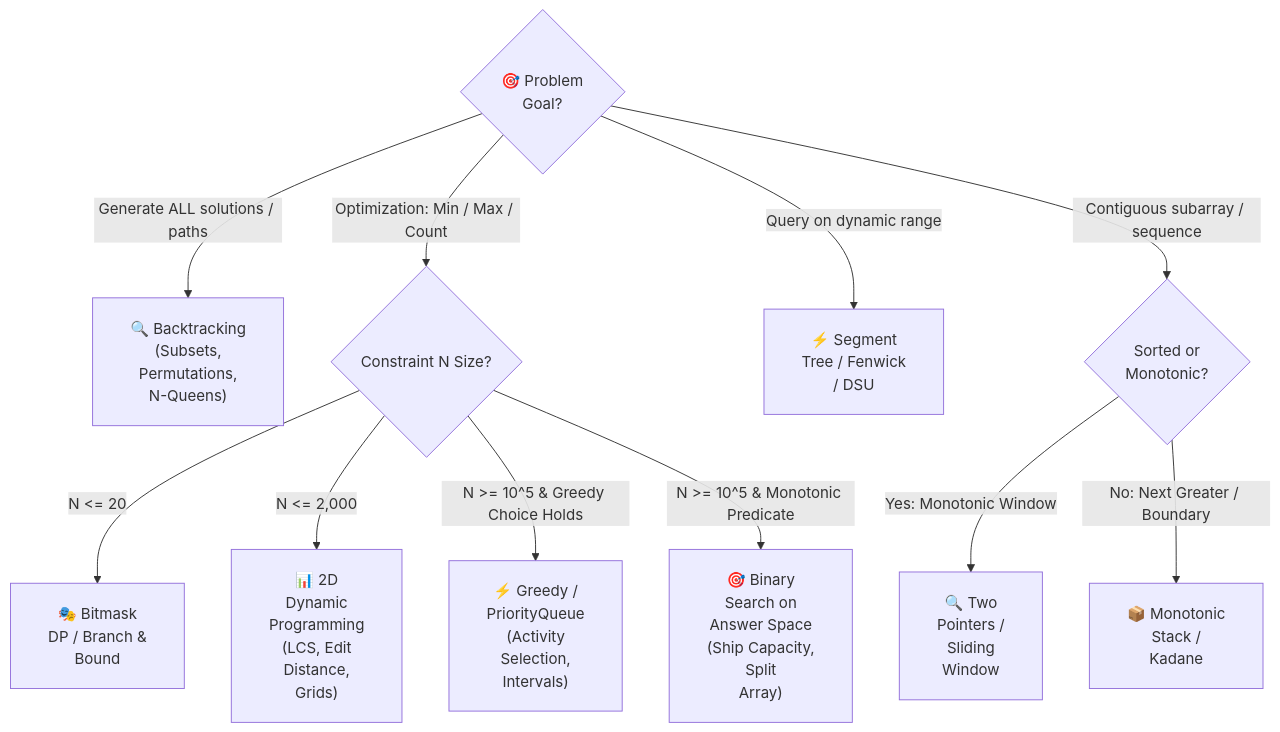
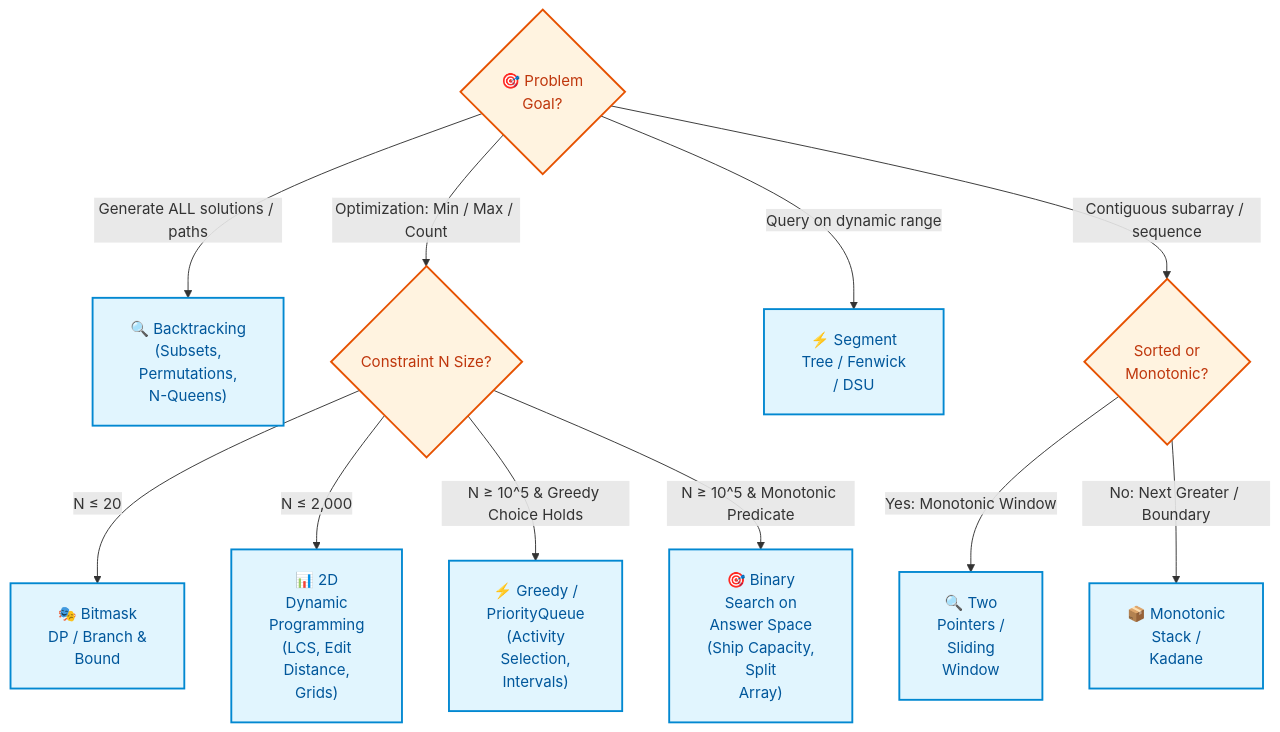
Before and after one commit to dip4k/DSA_102: the diagram in week_13_backtracking_and_branch_bound/Week_13_Day_05_Mixed_Paradigm_Problems_Instructional.md, drawn with Mermaid. The commit also changed other lines of this file and 147 other files, not shown here.

First line of the commit message:
feat(curriculum): enrich Weeks 01-19 instructional modules & resolve repository-wide Mermaid cutoff

````diff
--- a/week_13_backtracking_and_branch_bound/Week_13_Day_05_Mixed_Paradigm_Problems_Instructional.md
+++ b/week_13_backtracking_and_branch_bound/Week_13_Day_05_Mixed_Paradigm_Problems_Instructional.md
@@ -298,18 +177,25 @@
 ```mermaid
 %%{init: {"flowchart": {"htmlLabels": true, "padding": 20}, "themeCSS": "foreignObject { overflow: visible !important; }"}}%%
 flowchart TD
     Start{"🎯 Problem<br/>Goal?"}
 
     Start -->|"Generate ALL solutions / paths"| PathAll["🔍 Backtracking<br/>(Subsets,<br/>Permutations,<br/>N-Queens)"]
     Start -->|"Optimization: Min / Max / Count"| PathOpt{"Constraint N Size?"}
     Start -->|"Query on dynamic range"| PathRange["⚡ Segment<br/>Tree / Fenwick<br/>/ DSU"]
     Start -->|"Contiguous subarray / sequence"| PathSeq{"Sorted or<br/>Monotonic?"}
 
-    PathOpt -->|"N <= 20"| OptBitmask["🎭 Bitmask<br/>DP / Branch &<br/>Bound"]
-    PathOpt -->|"N <= 2,000"| OptDP2D["📊 2D<br/>Dynamic<br/>Programming<br/>(LCS, Edit<br/>Distance,<br/>Grids)"]
-    PathOpt -->|"N >= 10^5 & Greedy Choice Holds"| OptGreedy["⚡ Greedy /<br/>PriorityQueue<br/>(Activity<br/>Selection,<br/>Intervals)"]
-    PathOpt -->|"N >= 10^5 & Monotonic Predicate"| OptBS["🎯 Binary<br/>Search on<br/>Answer Space<br/>(Ship Capacity,<br/>Split<br/>Array)"]
+    PathOpt -->|"N &le; 20"| OptBitmask["🎭 Bitmask<br/>DP / Branch &<br/>Bound"]
+    PathOpt -->|"N &le; 2,000"| OptDP2D["📊 2D<br/>Dynamic<br/>Programming<br/>(LCS, Edit<br/>Distance,<br/>Grids)"]
+    PathOpt -->|"N &ge; 10^5 & Greedy Choice Holds"| OptGreedy["⚡ Greedy /<br/>PriorityQueue<br/>(Activity<br/>Selection,<br/>Intervals)"]
+    PathOpt -->|"N &ge; 10^5 & Monotonic Predicate"| OptBS["🎯 Binary<br/>Search on<br/>Answer Space<br/>(Ship Capacity,<br/>Split<br/>Array)"]
 
     PathSeq -->|"Yes: Monotonic Window"| SeqWindow["🔍 Two<br/>Pointers /<br/>Sliding<br/>Window"]
     PathSeq -->|"No: Next Greater / Boundary"| SeqStack["📦 Monotonic<br/>Stack /<br/>Kadane"]
+
+    classDef default fill:#f8f9fa,stroke:#37474f,stroke-width:2px,color:#263238
+    classDef checkNode fill:#fff3e0,stroke:#e65100,stroke-width:2px,color:#bf360c
+    classDef actionNode fill:#e1f5fe,stroke:#0288d1,stroke-width:2px,color:#01579b
+
+    class Start,PathOpt,PathSeq checkNode
+    class PathAll,PathRange,OptBitmask,OptDP2D,OptGreedy,OptBS,SeqWindow,SeqStack actionNode
 ```
````
